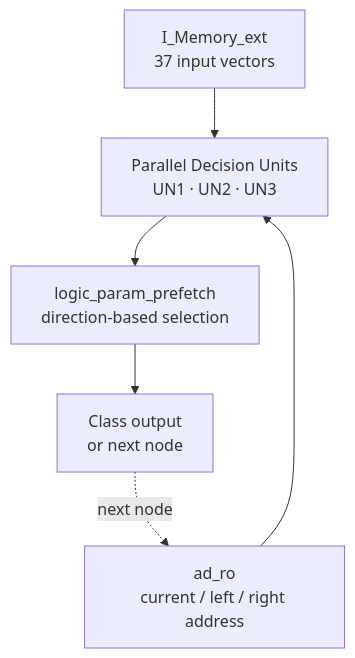
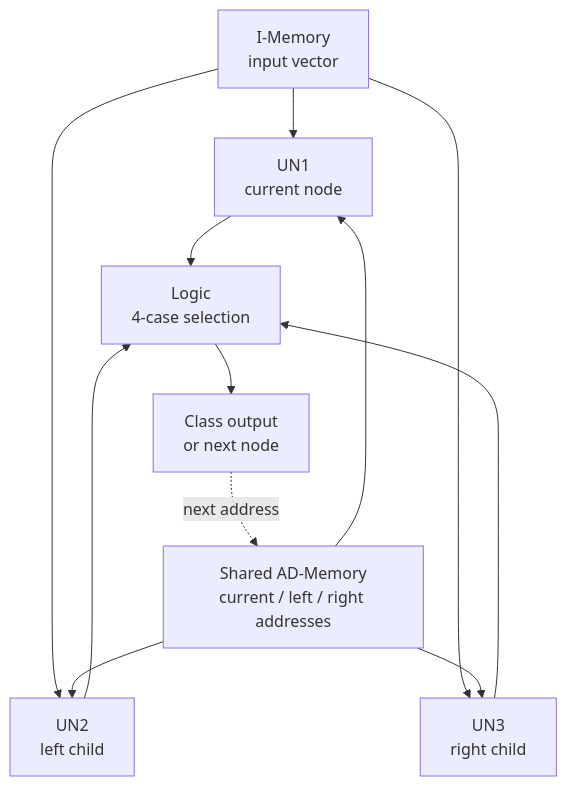
Before and after one commit to lsy49055089/Parallel-Decision-Tree-Hardware: the diagram in README.md, drawn with Mermaid. The commit also changed other lines of this file, not shown here.

````diff
--- a/README.md
+++ b/README.md
@@ -22,14 +45,22 @@
 ```mermaid
 flowchart TB
-    MEM["I_Memory_ext<br>37 input vectors"]
-    ADR["ad_ro<br>current / left / right address"]
-    PAR["Parallel Decision Units<br>UN1 · UN2 · UN3"]
-    SEL["logic_param_prefetch<br>direction-based selection"]
-    OUT["Class output<br>or next node"]
+    IM["I-Memory<br/>input vector"]
+    ADM["Shared AD-Memory<br/>current / left / right addresses"]
+    U1["UN1<br/>current node"]
+    U2["UN2<br/>left child"]
+    U3["UN3<br/>right child"]
+    LG["Logic<br/>4-case selection"]
+    OUT["Class output<br/>or next node"]
 
-    MEM --> PAR
-    ADR --> PAR
-    PAR --> SEL
-    SEL --> OUT
-    OUT -. next node .-> ADR
+    IM --> U1
+    IM --> U2
+    IM --> U3
+    ADM --> U1
+    ADM --> U2
+    ADM --> U3
+    U1 --> LG
+    U2 --> LG
+    U3 --> LG
+    LG --> OUT
+    OUT -. next address .-> ADM
 ```
````
